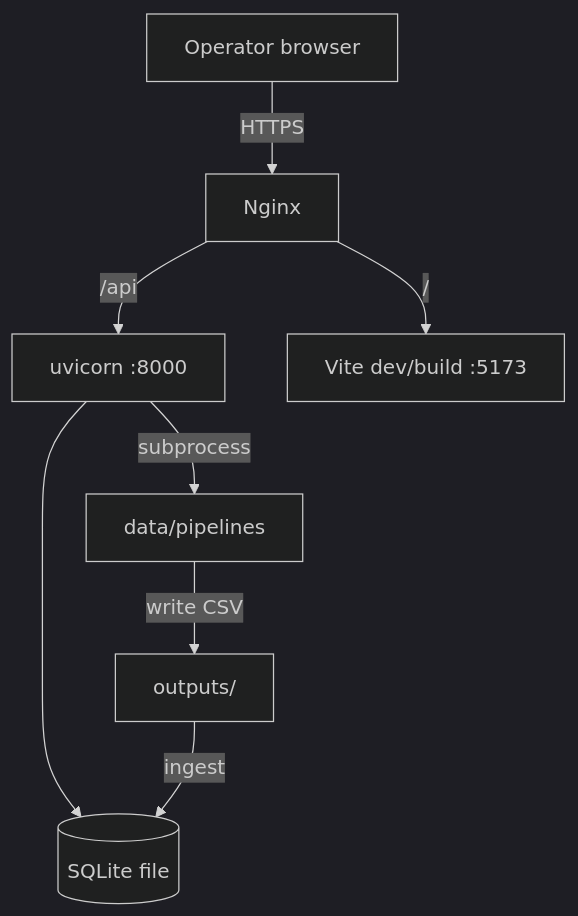
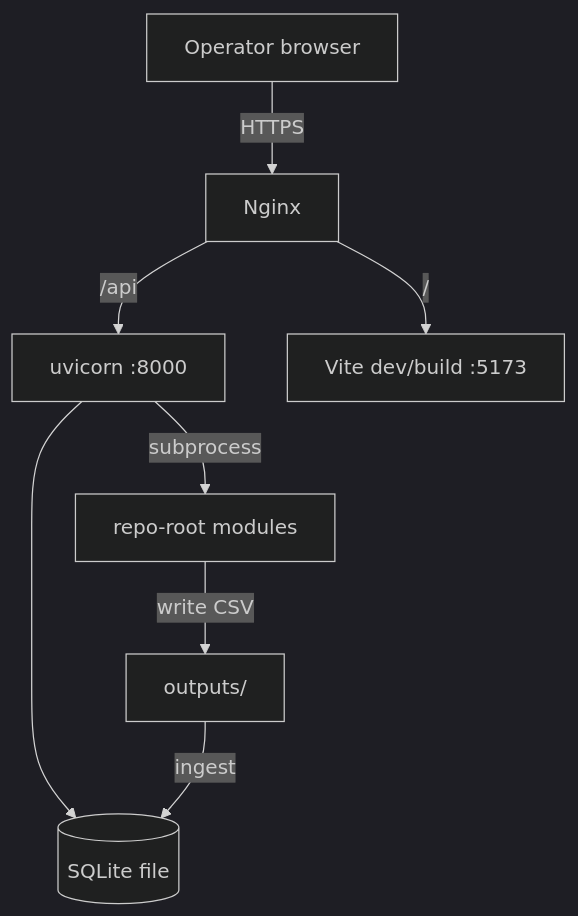
One commit to Manutd1234/Infrastructure_Projects changed the second of 6 diagrams in docs/architecture/UML_DIAGRAMS.md. Above: the diagram before and after it, drawn with Mermaid (dark theme). The commit also changed other lines of this file and 80 other files, not shown here.

First line of the commit message:
refactor: move the 3 analysis modules to repo root as PascalCase folders

````diff
--- a/docs/architecture/UML_DIAGRAMS.md
+++ b/docs/architecture/UML_DIAGRAMS.md
@@ -55,10 +55,10 @@
 ```mermaid
 flowchart TB
     Browser[Operator browser] -->|HTTPS| Nginx[Nginx]
     Nginx -->|/api| UV[uvicorn :8000]
     Nginx -->|/| Vite[Vite dev/build :5173]
     UV --> SQLite[(SQLite file)]
-    UV -->|subprocess| Pipelines[data/pipelines]
+    UV -->|subprocess| Pipelines[repo-root modules]
     Pipelines -->|write CSV| Out[outputs/]
     Out -->|ingest| SQLite
 ```
````
